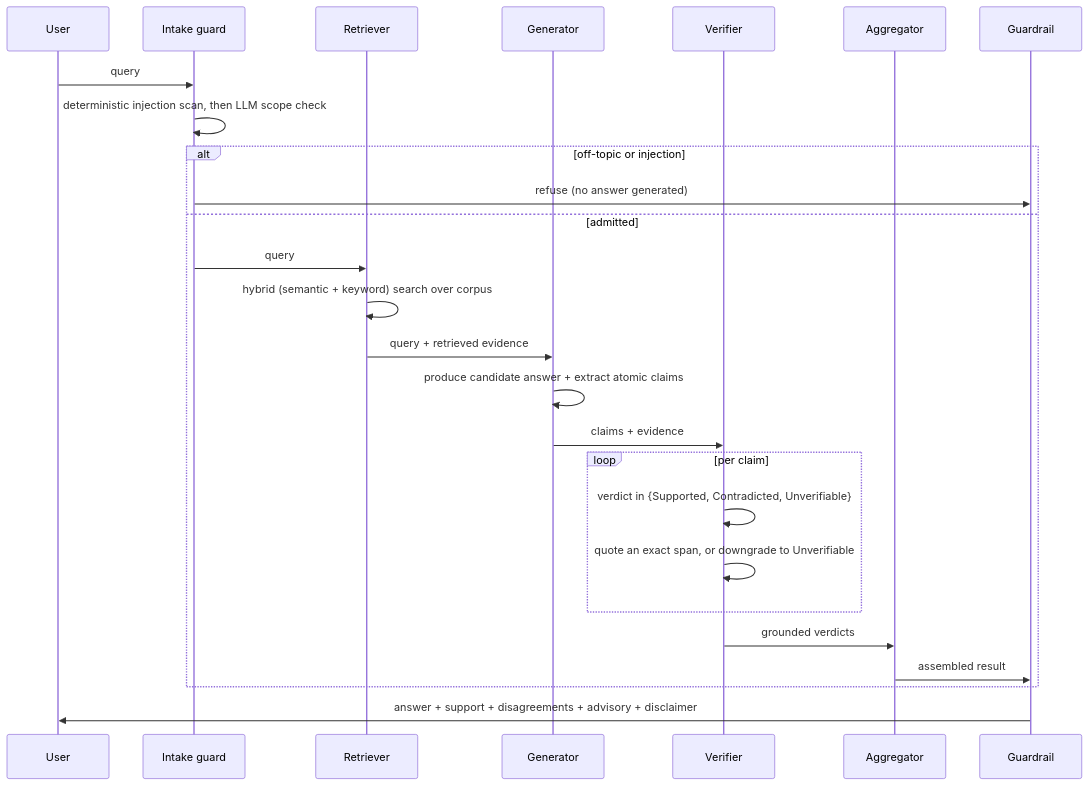
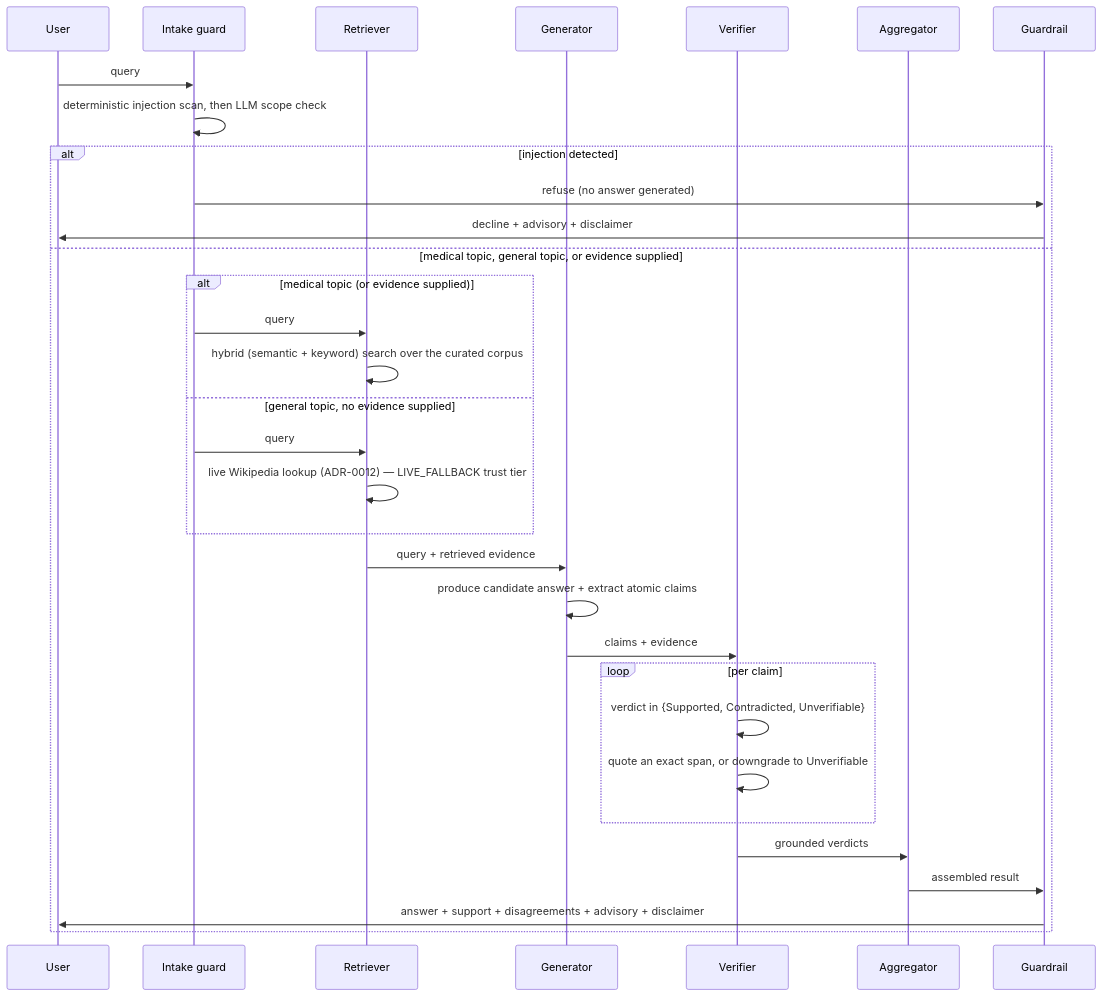
One commit to jaygautam-creator/Aletheia changed the second of 2 diagrams in ARCHITECTURE.md. Above: the diagram before and after it, drawn with Mermaid. The commit also changed other lines of this file and 14 other files, not shown here.

````diff
--- a/ARCHITECTURE.md
+++ b/ARCHITECTURE.md
@@ -84,29 +93,35 @@
 ```mermaid
 sequenceDiagram
     participant U as User
     participant In as Intake guard
     participant Ret as Retriever
     participant Gen as Generator
     participant Ver as Verifier
     participant Agg as Aggregator
     participant Gd as Guardrail
 
     U->>In: query
     In->>In: deterministic injection scan, then LLM scope check
-    alt off-topic or injection
+    alt injection detected
         In->>Gd: refuse (no answer generated)
-    else admitted
-        In->>Ret: query
-        Ret->>Ret: hybrid (semantic + keyword) search over corpus
+        Gd->>U: decline + advisory + disclaimer
+    else medical topic, general topic, or evidence supplied
+        alt medical topic (or evidence supplied)
+            In->>Ret: query
+            Ret->>Ret: hybrid (semantic + keyword) search over the curated corpus
+        else general topic, no evidence supplied
+            In->>Ret: query
+            Ret->>Ret: live Wikipedia lookup (ADR-0012) — LIVE_FALLBACK trust tier
+        end
         Ret->>Gen: query + retrieved evidence
         Gen->>Gen: produce candidate answer + extract atomic claims
         Gen->>Ver: claims + evidence
         loop per claim
             Ver->>Ver: verdict in {Supported, Contradicted, Unverifiable}
             Ver->>Ver: quote an exact span, or downgrade to Unverifiable
         end
         Ver->>Agg: grounded verdicts
         Agg->>Gd: assembled result
+        Gd->>U: answer + support + disagreements + advisory + disclaimer
     end
-    Gd->>U: answer + support + disagreements + advisory + disclaimer
 ```
````
